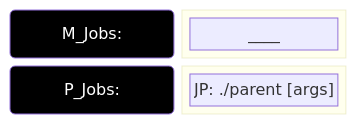
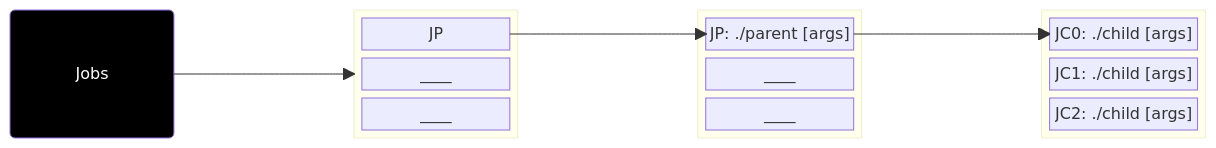
Before and after one commit to duclos-cavalcanti/TreeBuilder: the third of 6 diagrams in docs/slidev/slides/Workflow-2.0.md, drawn with Mermaid. The commit also changed other lines of this file and 11 other files, not shown here.

````diff
--- a/docs/slidev/slides/Workflow-2.0.md
+++ b/docs/slidev/slides/Workflow-2.0.md
@@ -66,18 +77,33 @@
 ```mermaid
 block-beta
-    columns 2
-    JM("<font color=white>M_Jobs:"):1
-    block:mitems
+    J("<font color=white>Jobs")
+    space
+    block:items
         columns 1
-        A["____"] 
+        A["JP  "] 
+        B["____"] 
+        X["____"] 
     end
 
-    JP("<font color=white>P_Jobs:"):1
+    space
     block:pitems
         columns 1
-        B["JP: ./parent [args]"] 
+        C["JP: ./parent [args]"] 
+        D["____"] 
+        Y["____"] 
     end
 
-    style JM fill:#000000
-    style JP fill:#000000
+    space
+    block:citems
+        columns 1
+        E["JC0: ./child [args]"] 
+        F["JC1: ./child [args]"] 
+        G["JC2: ./child [args]"] 
+    end
+
+    J --> items
+    A --> C
+    C --> E
+
+    style J fill:#000000
 ```
````
